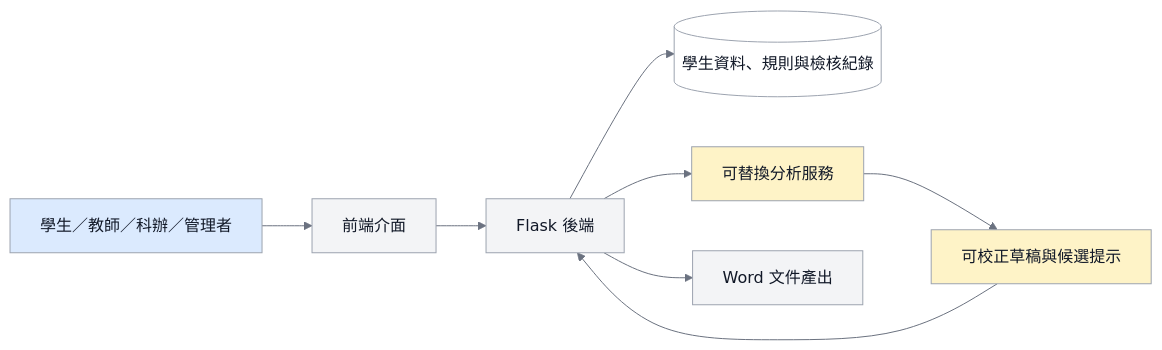
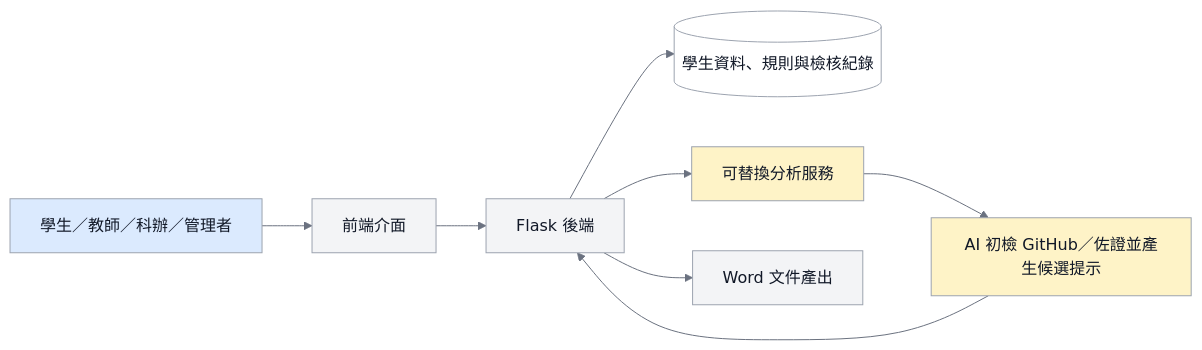
One commit to vujhdcusa/1028 changed the seventh of 9 diagrams in docs/04_圖表與介面/diagrams.md. Above: the diagram before and after it, drawn with Mermaid. The commit also changed other lines of this file and 93 other files, not shown here.

````diff
--- a/docs/04_圖表與介面/diagrams.md
+++ b/docs/04_圖表與介面/diagrams.md
@@ -153,16 +186,16 @@
 ```mermaid
 %%{init: {'theme':'base','themeVariables': {'fontFamily':'Microsoft JhengHei, Noto Sans TC, Arial, sans-serif','primaryColor':'#F3F4F6','primaryTextColor':'#111827','primaryBorderColor':'#9CA3AF','lineColor':'#6B7280','edgeLabelBackground':'#FFFFFF'}}}%%
 flowchart LR
     classDef user fill:#DBEAFE,stroke:#9CA3AF,color:#111827,stroke-width:1px;
     classDef backend fill:#F3F4F6,stroke:#9CA3AF,color:#111827,stroke-width:1px;
     classDef db fill:#FFFFFF,stroke:#9CA3AF,color:#111827,stroke-width:1px;
     classDef ai fill:#FEF3C7,stroke:#9CA3AF,color:#111827,stroke-width:1px;
 
     Users[學生／教師／科辦／管理者]:::user --> UI[前端介面]:::backend
     UI --> App[Flask 後端]:::backend
     App --> Data[(學生資料、規則與檢核紀錄)]:::db
     App --> Analysis[可替換分析服務]:::ai
-    Analysis --> Draft[可校正草稿與候選提示]:::ai
+    Analysis --> Draft[AI 初檢 GitHub／佐證並產生候選提示]:::ai
     Draft --> App
     App --> Word[Word 文件產出]:::backend
 ```
````
